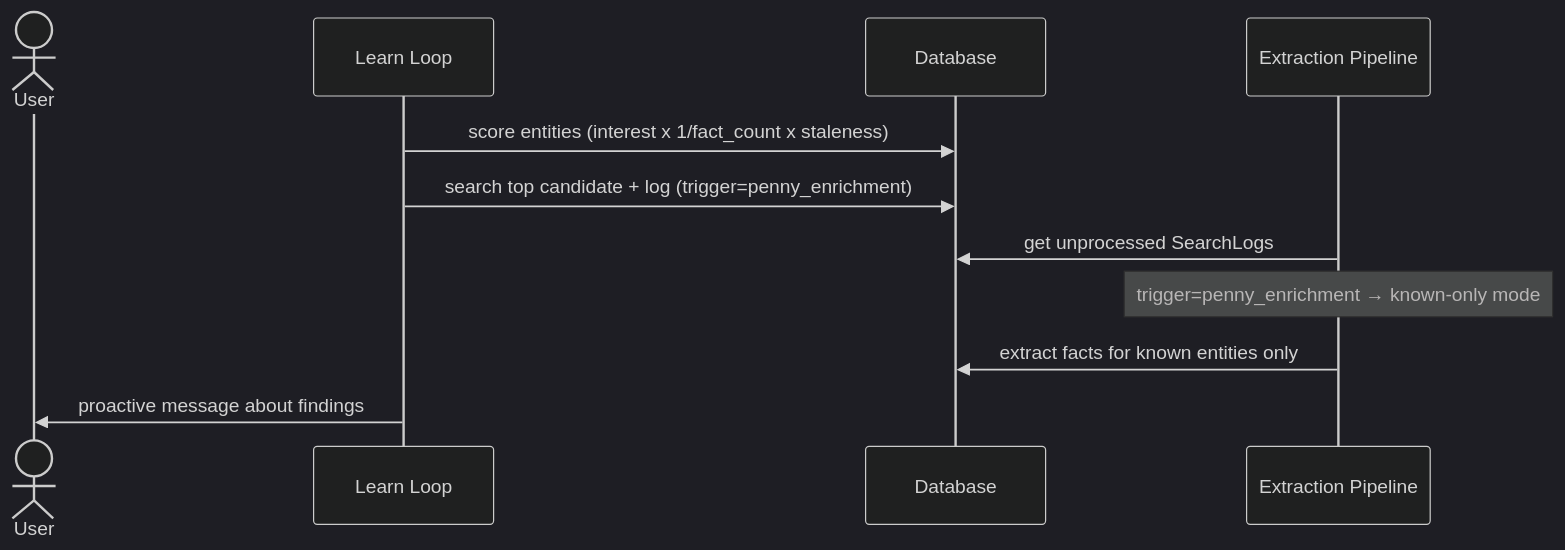
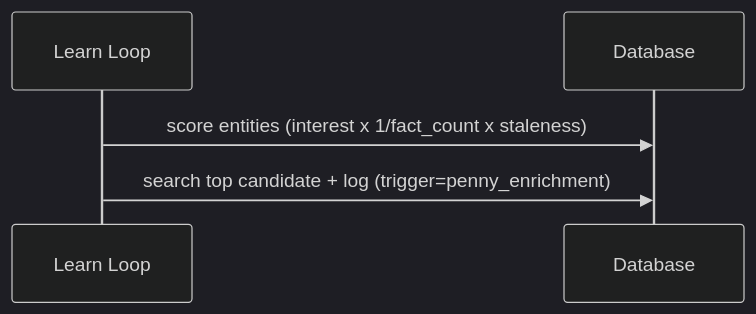
One commit to jaredlockhart/penny changed the fourth of 6 diagrams in docs/knowledge-system-flows.md. Above: the diagram before and after it, drawn with Mermaid (dark theme). The commit also changed other lines of this file and 1 other file, not shown here.

First line of the commit message:
docs: simplify enrichment loop to just score + search

````diff
--- a/docs/knowledge-system-flows.md
+++ b/docs/knowledge-system-flows.md
@@ -103,16 +98,8 @@
 ```mermaid
 sequenceDiagram
-    actor User
     participant LL as Learn Loop
     participant DB as Database
-    participant Extract as Extraction Pipeline
 
     LL->>DB: score entities (interest x 1/fact_count x staleness)
     LL->>DB: search top candidate + log (trigger=penny_enrichment)
-
-    Extract->>DB: get unprocessed SearchLogs
-    Note over Extract: trigger=penny_enrichment → known-only mode
-    Extract->>DB: extract facts for known entities only
-
-    LL->>User: proactive message about findings
 ```
````
